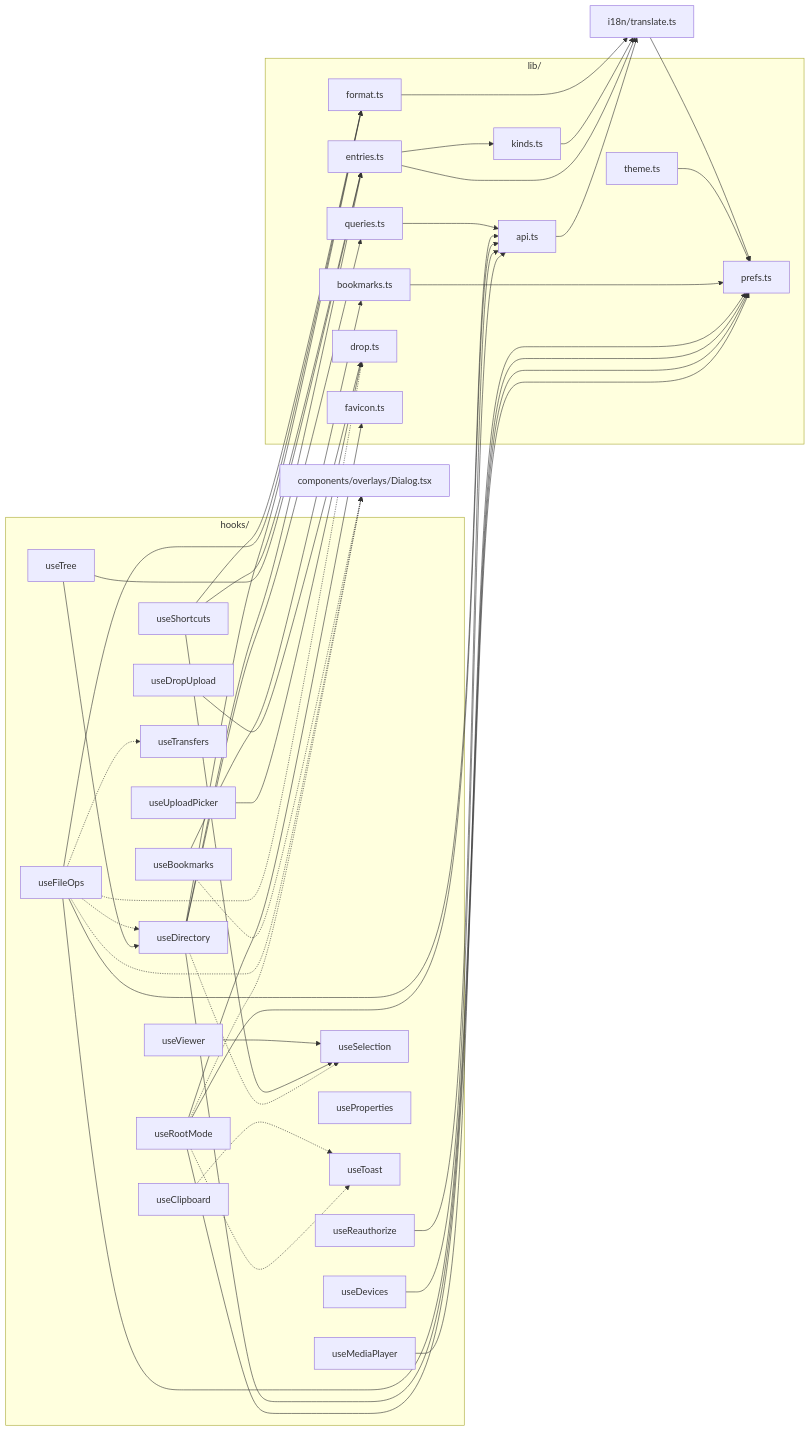
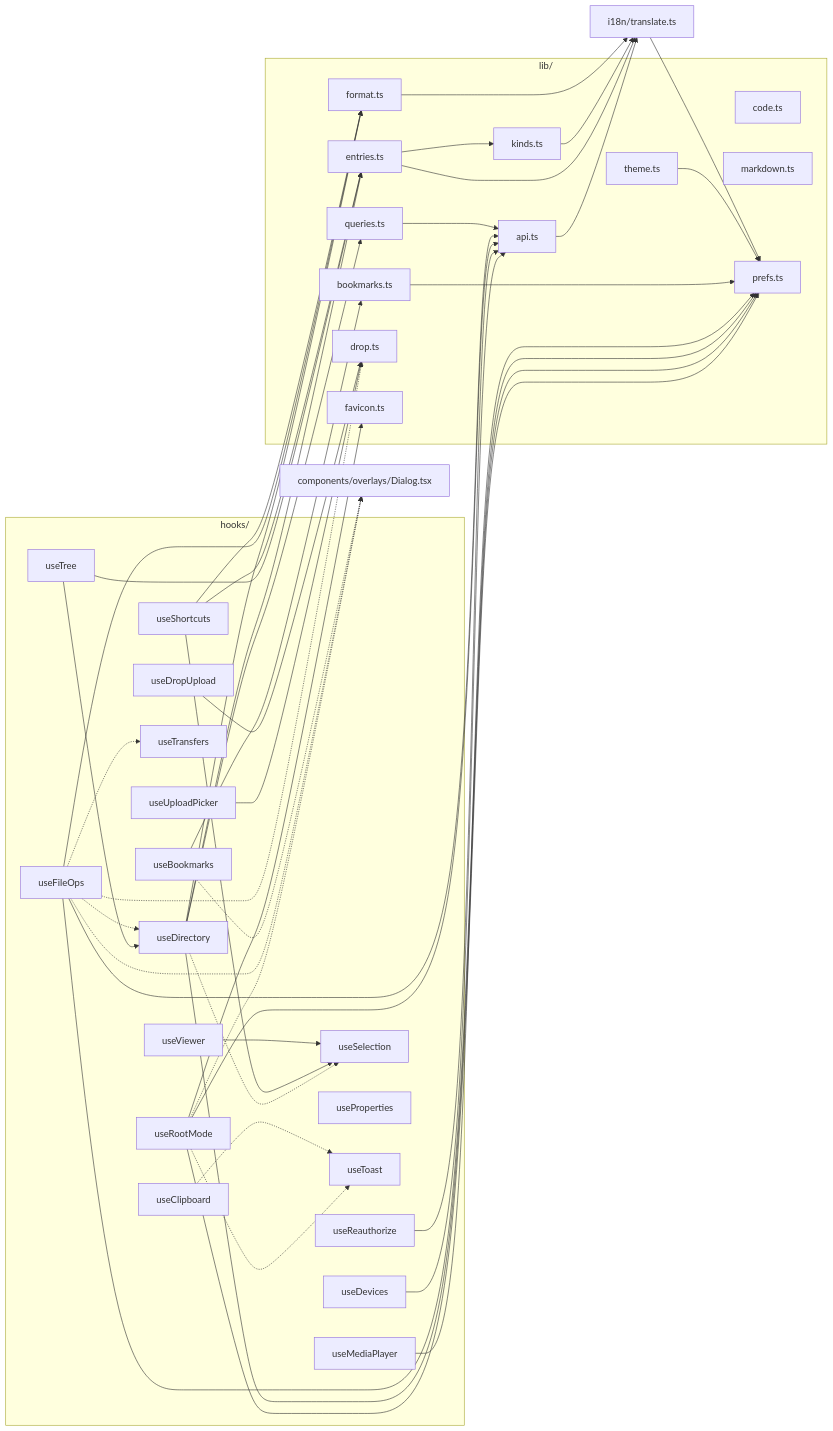
One commit to wynnyu/adb-file-manager changed the sixth of 10 diagrams in docs/architecture.md. Above: the diagram before and after it, drawn with Mermaid. The commit also changed other lines of this file and 3 other files, not shown here.

````diff
--- a/docs/architecture.md
+++ b/docs/architecture.md
@@ -182,80 +182,82 @@
 ```mermaid
 flowchart LR
   subgraph hooks["hooks/"]
     useDevices
     useReauthorize
     useRootMode
     useSelection
     useDirectory
     useTree
     useFileOps
     useProperties
     useClipboard
     useBookmarks
     useTransfers
     useToast
     useShortcuts
     useViewer
     useMediaPlayer
     useUploadPicker
     useDropUpload
   end
 
   subgraph lib["lib/"]
     api["api.ts"]
     queries["queries.ts"]
     entries["entries.ts"]
     kinds["kinds.ts"]
+    code["code.ts"]
+    markdown["markdown.ts"]
     format["format.ts"]
     prefs["prefs.ts"]
     bookmarks["bookmarks.ts"]
     drop["drop.ts"]
     theme["theme.ts"]
     favicon["favicon.ts"]
   end
 
   translate["i18n/translate.ts"]
   Dialog["components/overlays/Dialog.tsx"]
 
   useDevices --> api
   useReauthorize --> api
   useRootMode --> api
   useRootMode --> prefs
   useRootMode --> favicon
   useRootMode -.-> useToast
   useRootMode -.-> Dialog
   useDirectory --> queries
   useDirectory --> entries
   useDirectory --> format
   useDirectory --> prefs
   useDirectory -.-> useSelection
   useTree --> useDirectory
   useTree --> entries
   useFileOps --> api
   useFileOps --> format
   useFileOps --> prefs
   useFileOps -.-> useDirectory
   useFileOps -.-> useTransfers
   useFileOps -.-> drop
   useFileOps -.-> Dialog
   useClipboard -.-> useToast
   useBookmarks --> bookmarks
   useBookmarks -.-> Dialog
   useShortcuts --> useSelection
   useShortcuts --> entries
   useShortcuts --> format
   useViewer --> useSelection
   useMediaPlayer --> prefs
   useUploadPicker --> drop
   useDropUpload --> drop
 
   queries --> api
   api --> translate
   entries --> kinds
   entries --> translate
   kinds --> translate
   format --> translate
   bookmarks --> prefs
   theme --> prefs
   translate --> prefs
 ```
````
